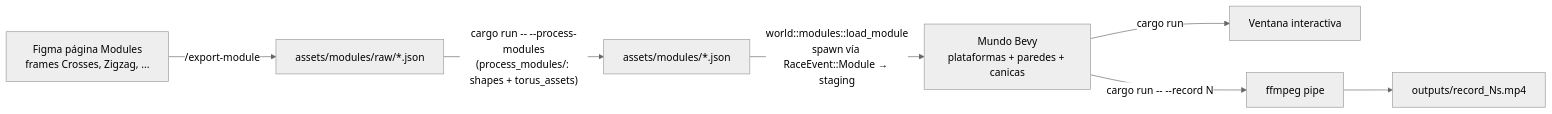
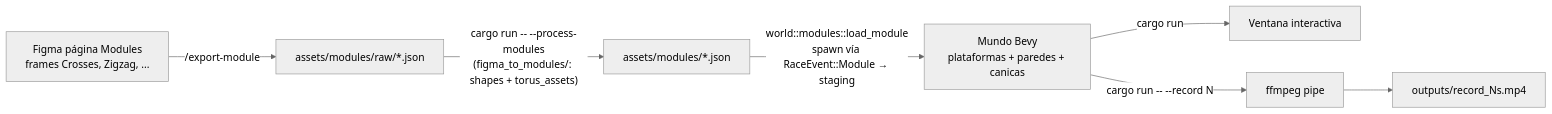
Before and after one commit to jesusgomeznuz/canicasbrawl-rapier: the third of 5 diagrams in docs/flow.md, drawn with Mermaid (neutral theme). The commit also changed other lines of this file and 8 other files, not shown here.

````diff
--- a/docs/flow.md
+++ b/docs/flow.md
@@ -48,9 +48,9 @@
 ```mermaid
 flowchart LR
     Figma["Figma página Modules<br/>frames Crosses, Zigzag, ..."] -->|/export-module| Raw["assets/modules/raw/*.json"]
-    Raw -->|"cargo run -- --process-modules<br/>(process_modules/: shapes + torus_assets)"| Final["assets/modules/*.json"]
+    Raw -->|"cargo run -- --process-modules<br/>(figma_to_modules/: shapes + torus_assets)"| Final["assets/modules/*.json"]
     Final -->|"world::modules::load_module<br/>spawn vía RaceEvent::Module → staging"| World["Mundo Bevy<br/>plataformas + paredes + canicas"]
     World -->|cargo run| Window["Ventana interactiva"]
     World -->|"cargo run -- --record N"| Pipe["ffmpeg pipe"]
     Pipe --> MP4["outputs/record_Ns.mp4"]
 ```
````
